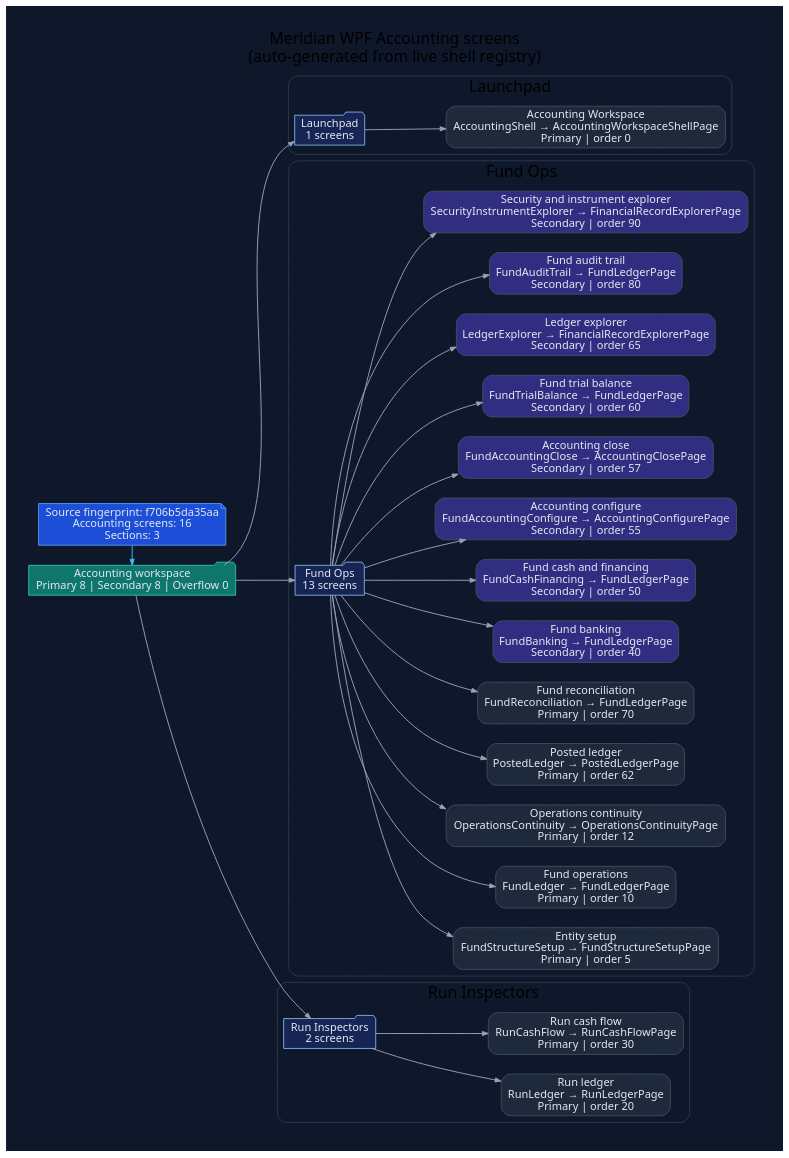
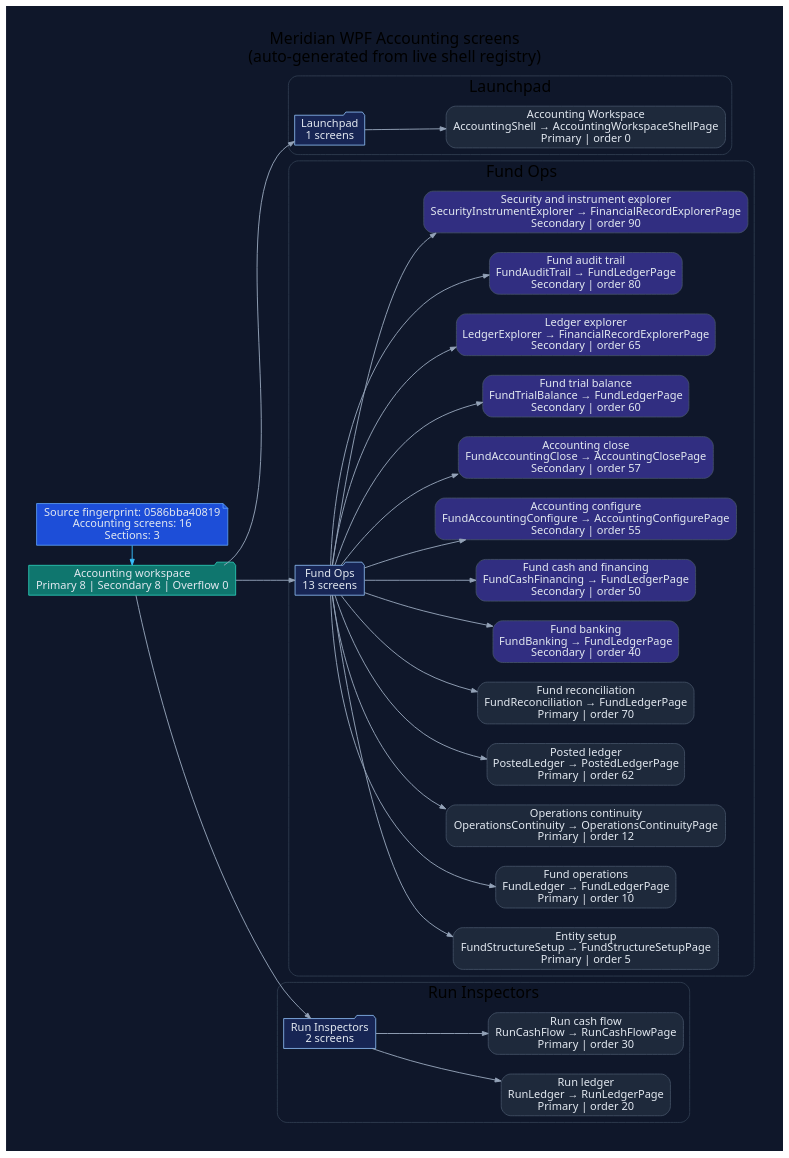
One commit to rodoHasArrived/Meridian-main changed the diagram in docs/diagrams/ui-wpf-screens-accounting.dot. Above: the diagram before and after it, drawn with Graphviz. The commit also changed 21 other files, not shown here.

First line of the commit message:
Regenerate UI diagrams for the changed WPF source fingerprint

```diff
--- a/docs/diagrams/ui-wpf-screens-accounting.dot
+++ b/docs/diagrams/ui-wpf-screens-accounting.dot
@@ -1,82 +1,82 @@
 // -----------------------------------------------------------------------------
 // <auto-generated>
 // Generated by scripts/generate-diagrams.mjs.
 // Do not edit this file directly; update the WPF source files instead.
 // -----------------------------------------------------------------------------
 digraph WpfAccountingScreens {
   graph [
     rankdir=LR,
     labelloc=t,
     label="Meridian WPF Accounting screens\n(auto-generated from live shell registry)",
     fontname="Segoe UI",
     fontsize=20,
     pad=0.4,
     nodesep=0.35,
     ranksep=0.85,
     bgcolor="#0f172a"
   ];
   node [fontname="Segoe UI", shape=box, style="rounded,filled", color="#475569", fontcolor="#e2e8f0", fillcolor="#1e293b"];
   edge [fontname="Segoe UI", color="#94a3b8", penwidth=1.2, arrowsize=0.75];
 
-  generated [shape=note, fillcolor="#1d4ed8", color="#60a5fa", label="Source fingerprint: f706b5da35aa\nAccounting screens: 16\nSections: 3"];
+  generated [shape=note, fillcolor="#1d4ed8", color="#60a5fa", label="Source fingerprint: 0586bba40819\nAccounting screens: 16\nSections: 3"];
   workspace [shape=folder, fillcolor="#0f766e", color="#2dd4bf", label="Accounting workspace\nPrimary 8 | Secondary 8 | Overflow 0"];
   generated -> workspace [color="#38bdf8"];
 
   subgraph cluster_section_1 {
     label="Launchpad";
     color="#334155";
     style="rounded";
     section_1 [shape=folder, fillcolor="#172554", color="#93c5fd", label="Launchpad\n1 screens"];
     workspace -> section_1;
     screen_AccountingShell [fillcolor="#1e293b", label="Accounting Workspace\nAccountingShell → AccountingWorkspaceShellPage\nPrimary | order 0"];
     section_1 -> screen_AccountingShell;
   }
 
   subgraph cluster_section_2 {
     label="Fund Ops";
     color="#334155";
     style="rounded";
     section_2 [shape=folder, fillcolor="#172554", color="#93c5fd", label="Fund Ops\n13 screens"];
     workspace -> section_2;
     screen_FundStructureSetup [fillcolor="#1e293b", label="Entity setup\nFundStructureSetup → FundStructureSetupPage\nPrimary | order 5"];
     section_2 -> screen_FundStructureSetup;
     screen_FundLedger [fillcolor="#1e293b", label="Fund operations\nFundLedger → FundLedgerPage\nPrimary | order 10"];
     section_2 -> screen_FundLedger;
     screen_OperationsContinuity [fillcolor="#1e293b", label="Operations continuity\nOperationsContinuity → OperationsContinuityPage\nPrimary | order 12"];
     section_2 -> screen_OperationsContinuity;
     screen_PostedLedger [fillcolor="#1e293b", label="Posted ledger\nPostedLedger → PostedLedgerPage\nPrimary | order 62"];
     section_2 -> screen_PostedLedger;
     screen_FundReconciliation [fillcolor="#1e293b", label="Fund reconciliation\nFundReconciliation → FundLedgerPage\nPrimary | order 70"];
     section_2 -> screen_FundReconciliation;
     screen_FundBanking [fillcolor="#312e81", label="Fund banking\nFundBanking → FundLedgerPage\nSecondary | order 40"];
     section_2 -> screen_FundBanking;
     screen_FundCashFinancing [fillcolor="#312e81", label="Fund cash and financing\nFundCashFinancing → FundLedgerPage\nSecondary | order 50"];
     section_2 -> screen_FundCashFinancing;
     screen_FundAccountingConfigure [fillcolor="#312e81", label="Accounting configure\nFundAccountingConfigure → AccountingConfigurePage\nSecondary | order 55"];
     section_2 -> screen_FundAccountingConfigure;
     screen_FundAccountingClose [fillcolor="#312e81", label="Accounting close\nFundAccountingClose → AccountingClosePage\nSecondary | order 57"];
     section_2 -> screen_FundAccountingClose;
     screen_FundTrialBalance [fillcolor="#312e81", label="Fund trial balance\nFundTrialBalance → FundLedgerPage\nSecondary | order 60"];
     section_2 -> screen_FundTrialBalance;
     screen_LedgerExplorer [fillcolor="#312e81", label="Ledger explorer\nLedgerExplorer → FinancialRecordExplorerPage\nSecondary | order 65"];
     section_2 -> screen_LedgerExplorer;
     screen_FundAuditTrail [fillcolor="#312e81", label="Fund audit trail\nFundAuditTrail → FundLedgerPage\nSecondary | order 80"];
     section_2 -> screen_FundAuditTrail;
     screen_SecurityInstrumentExplorer [fillcolor="#312e81", label="Security and instrument explorer\nSecurityInstrumentExplorer → FinancialRecordExplorerPage\nSecondary | order 90"];
     section_2 -> screen_SecurityInstrumentExplorer;
   }
 
   subgraph cluster_section_3 {
     label="Run Inspectors";
     color="#334155";
     style="rounded";
     section_3 [shape=folder, fillcolor="#172554", color="#93c5fd", label="Run Inspectors\n2 screens"];
     workspace -> section_3;
     screen_RunLedger [fillcolor="#1e293b", label="Run ledger\nRunLedger → RunLedgerPage\nPrimary | order 20"];
     section_3 -> screen_RunLedger;
     screen_RunCashFlow [fillcolor="#1e293b", label="Run cash flow\nRunCashFlow → RunCashFlowPage\nPrimary | order 30"];
     section_3 -> screen_RunCashFlow;
   }
 
   { rank=min; generated; workspace; }
 }
```
